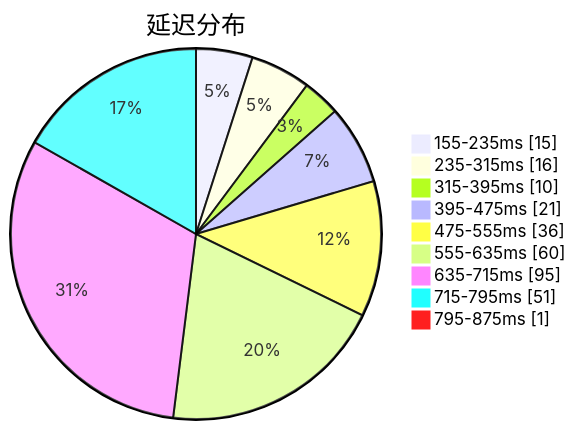
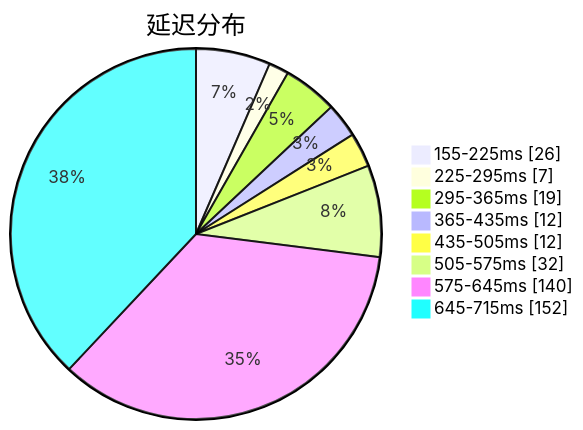
The first of 3 diagrams in subs/statistics/tested_within.md (qjlxg/airport), drawn with Mermaid before and after one commit. The commit also changed other lines of this file and 2 other files, not shown here.

Commit message:
Tested by metaST

````diff
--- a/subs/statistics/tested_within.md
+++ b/subs/statistics/tested_within.md
@@ -2,13 +2,12 @@
 ```mermaid
 pie showData
 title 延迟分布
-"155-235ms" : 15
-"235-315ms" : 16
-"315-395ms" : 10
-"395-475ms" : 21
-"475-555ms" : 36
-"555-635ms" : 60
-"635-715ms" : 95
-"715-795ms" : 51
-"795-875ms" : 1
+"155-225ms" : 26
+"225-295ms" : 7
+"295-365ms" : 19
+"365-435ms" : 12
+"435-505ms" : 12
+"505-575ms" : 32
+"575-645ms" : 140
+"645-715ms" : 152
 ```
````
